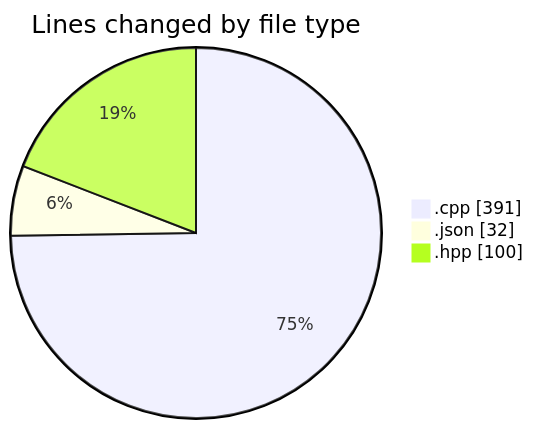
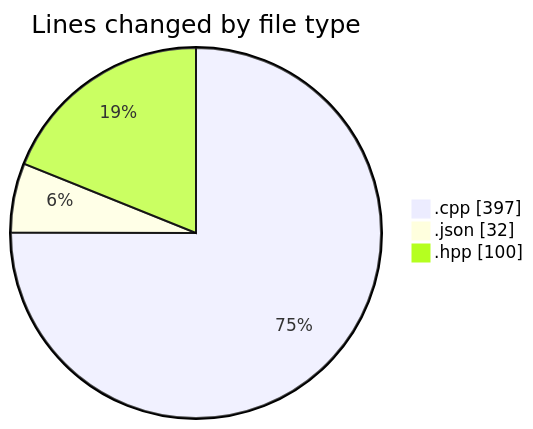
One commit to Netris89/code-tracking changed the first of 2 diagrams in 2025-04-23/echo/README.md. Above: the diagram before and after it, drawn with Mermaid. The commit also changed other lines of this file and 1 other file, not shown here.

````diff
--- a/2025-04-23/echo/README.md
+++ b/2025-04-23/echo/README.md
@@ -22,7 +22,7 @@
 ```mermaid
 pie showData
 title Lines changed by file type
-".cpp" : 391
+".cpp" : 397
 ".json" : 32
 ".hpp" : 100
 ```
````
